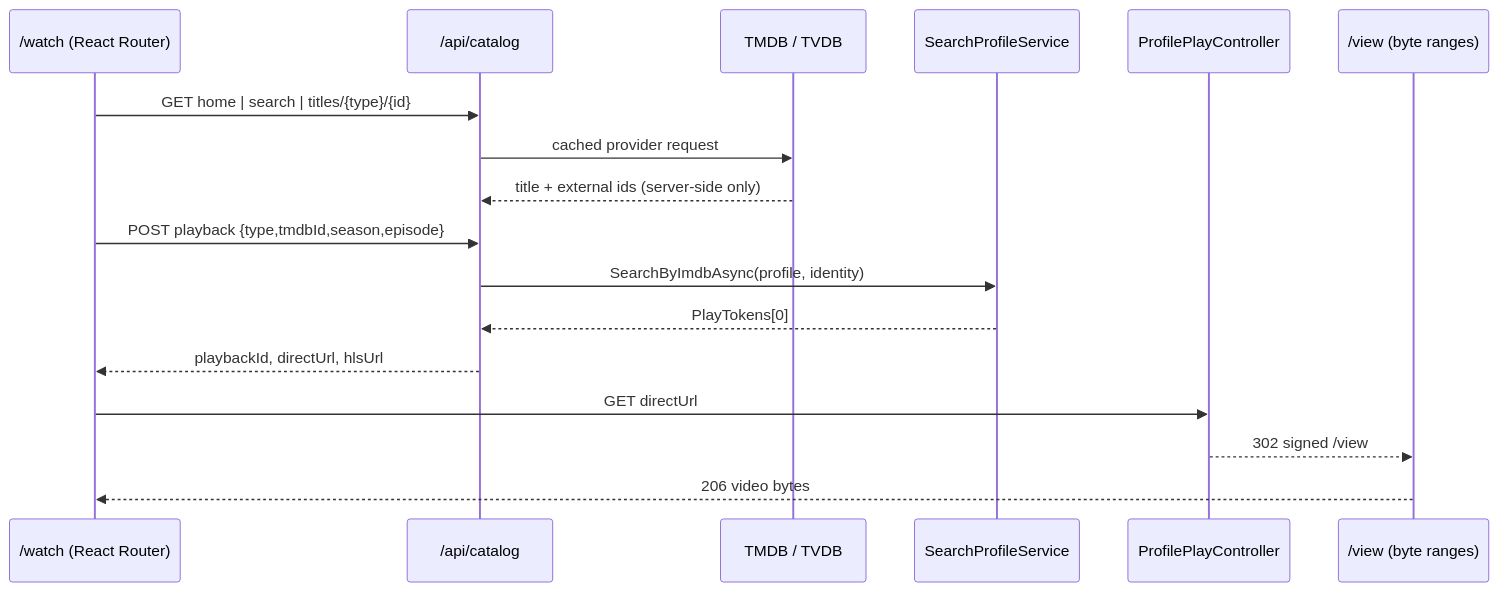
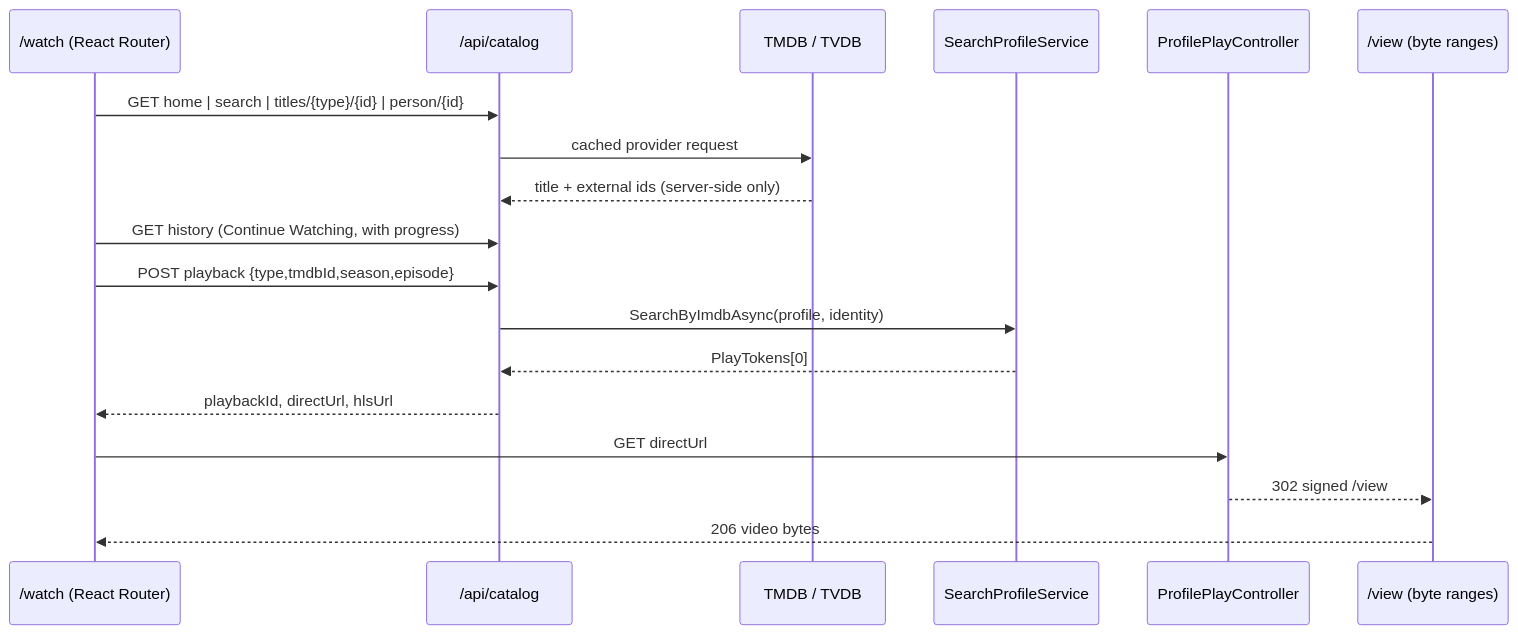
One commit to infinidysk/infinidysk changed the diagram in docs/reference/watch-catalog.md. Above: the diagram before and after it, drawn with Mermaid. The commit also changed other lines of this file and 46 other files, not shown here.

````diff
--- a/docs/reference/watch-catalog.md
+++ b/docs/reference/watch-catalog.md
@@ -21,19 +21,20 @@
 ```mermaid
 sequenceDiagram
     participant UI as /watch (React Router)
     participant API as /api/catalog
     participant Meta as TMDB / TVDB
     participant Search as SearchProfileService
     participant Play as ProfilePlayController
     participant View as /view (byte ranges)
-    UI->>API: GET home | search | titles/{type}/{id}
+    UI->>API: GET home | search | titles/{type}/{id} | person/{id}
     API->>Meta: cached provider request
     Meta-->>API: title + external ids (server-side only)
+    UI->>API: GET history (Continue Watching, with progress)
     UI->>API: POST playback {type,tmdbId,season,episode}
     API->>Search: SearchByImdbAsync(profile, identity)
     Search-->>API: PlayTokens[0]
     API-->>UI: playbackId, directUrl, hlsUrl
     UI->>Play: GET directUrl
     Play-->>View: 302 signed /view
     View-->>UI: 206 video bytes
 ```
````
